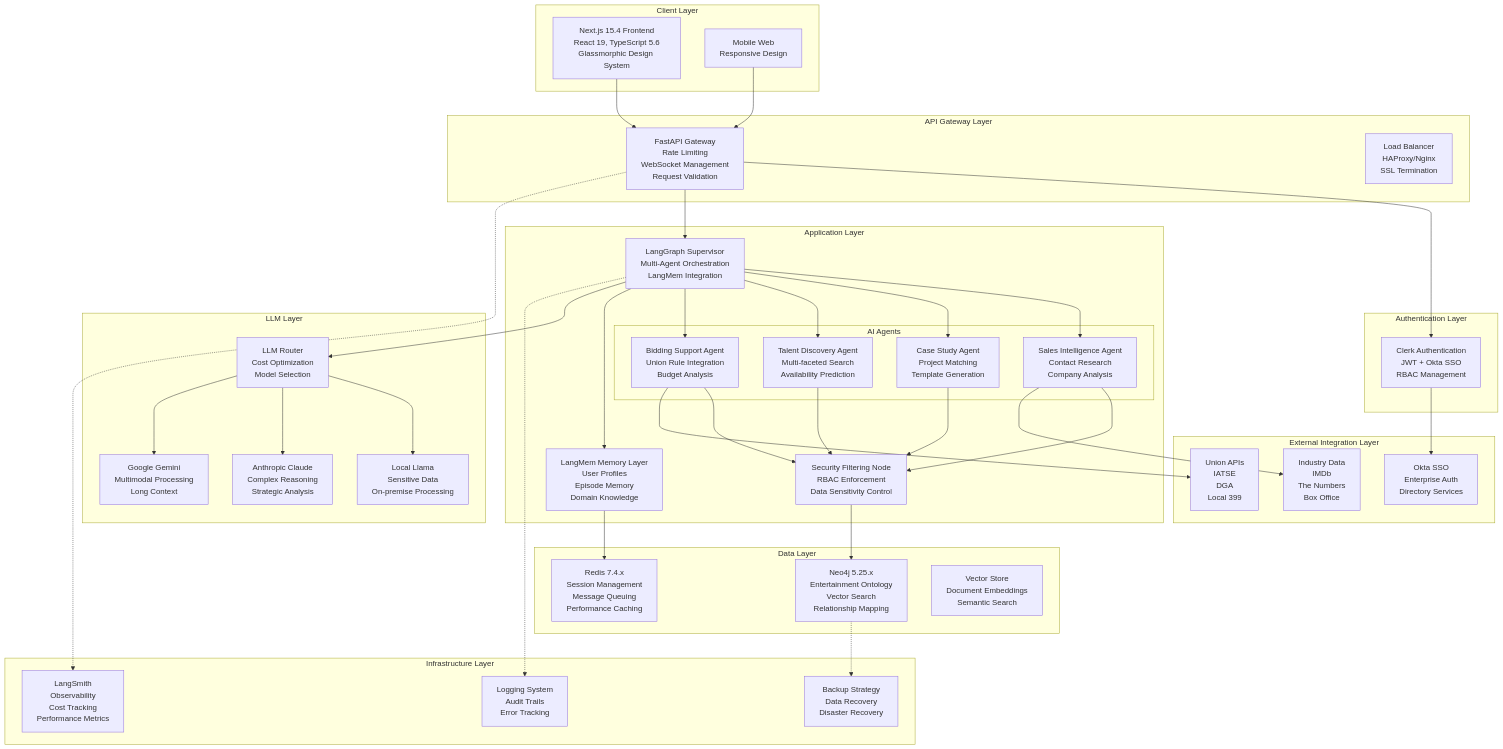
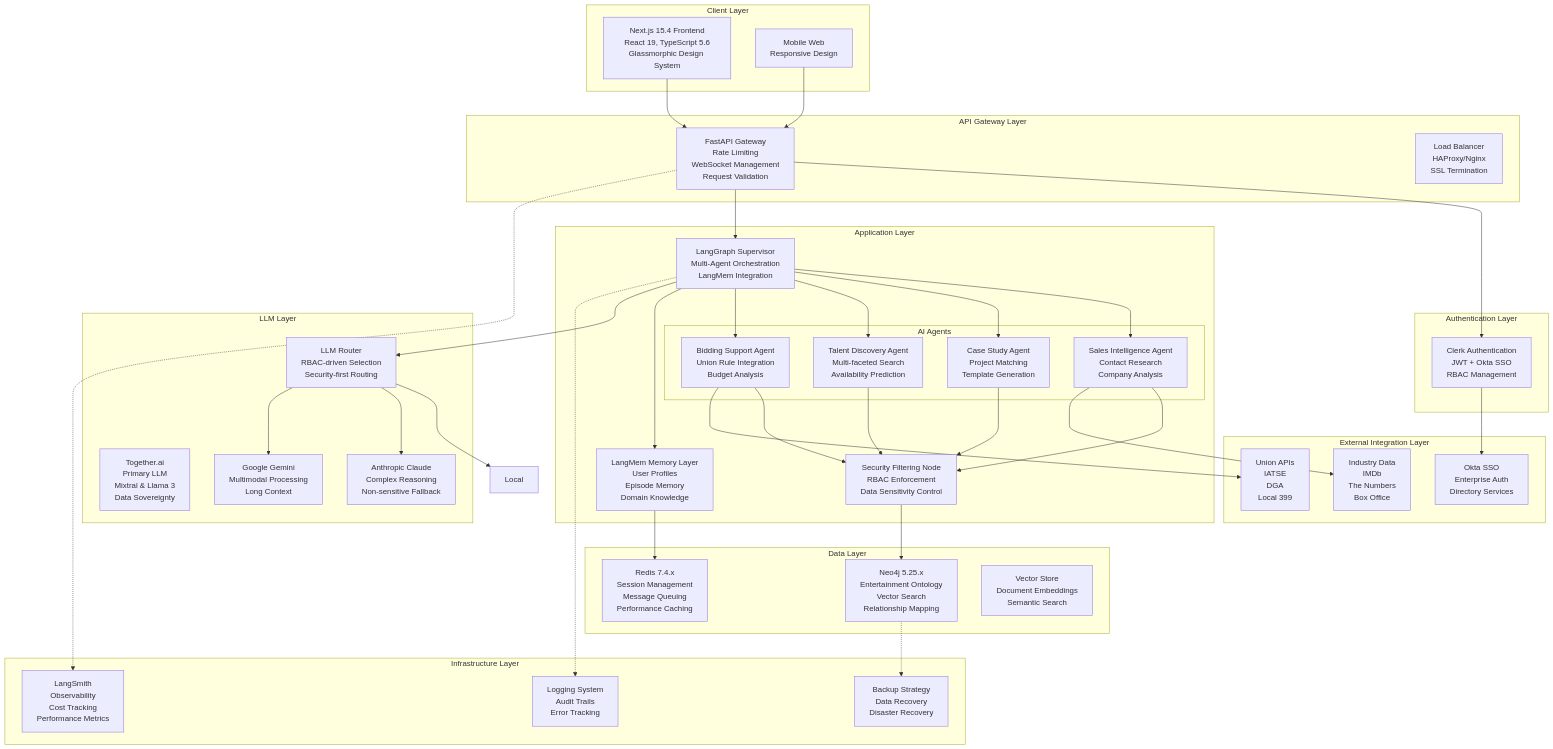
The first of 3 diagrams in docs/system-architecture.md (dirkdd/OneVice), drawn with Mermaid before and after one commit. The commit also changed 6 other files, not shown here.

```diff
--- a/docs/system-architecture.md
+++ b/docs/system-architecture.md
@@ -51,10 +51,10 @@
     end
     
     subgraph "LLM Layer"
-        Local[Local Llama<br/>Sensitive Data<br/>On-premise Processing]
-        Claude[Anthropic Claude<br/>Complex Reasoning<br/>Strategic Analysis]
+        Together[Together.ai<br/>Primary LLM<br/>Mixtral & Llama 3<br/>Data Sovereignty]
+        Claude[Anthropic Claude<br/>Complex Reasoning<br/>Non-sensitive Fallback]
         Gemini[Google Gemini<br/>Multimodal Processing<br/>Long Context]
-        Router[LLM Router<br/>Cost Optimization<br/>Model Selection]
+        Router[LLM Router<br/>RBAC-driven Selection<br/>Security-first Routing]
     end
     
     subgraph "External Integration Layer"
```
